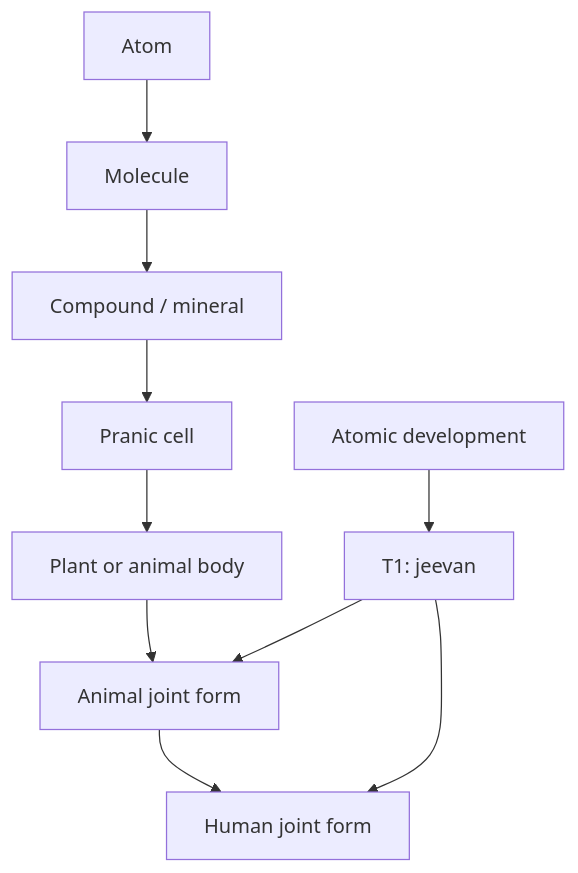
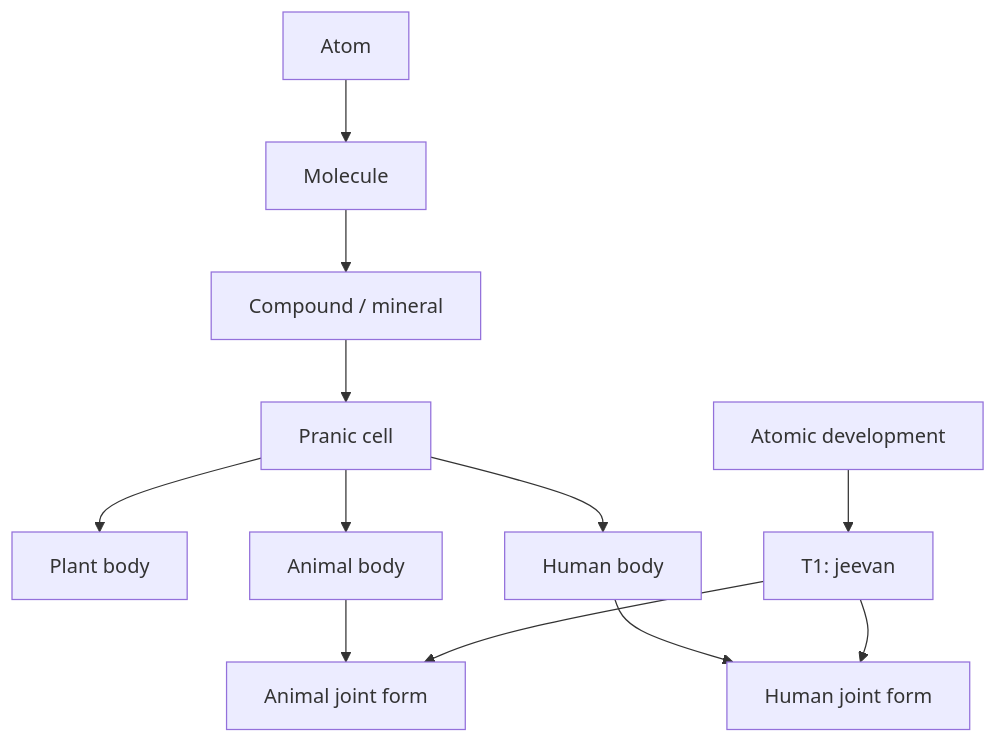
The second of 3 diagrams in Studies/A-State-Dynamic-Model-Of-Coexistence/A-State-Dynamic-Model-Of-Coexistence.md (raghavamohan/AnalyticMadhyasthDarshan), drawn with Mermaid before and after one commit. The commit also changed other lines of this file and 7 other files, not shown here.

````diff
--- a/Studies/A-State-Dynamic-Model-Of-Coexistence/A-State-Dynamic-Model-Of-Coexistence.md
+++ b/Studies/A-State-Dynamic-Model-Of-Coexistence/A-State-Dynamic-Model-Of-Coexistence.md
@@ -163,12 +167,14 @@
 ```mermaid
 flowchart TD
     ATOM["Atom"] --> MOL["Molecule"]
     MOL --> COMP["Compound / mineral"]
     COMP --> CELL["Pranic cell"]
-    CELL --> BODY["Plant or animal body"]
+    CELL --> PLANT["Plant body"]
+    CELL --> ANBODY["Animal body"]
+    CELL --> HUMBODY["Human body"]
     DEV["Atomic development"] --> T1["T1: jeevan"]
-    BODY --> ANIMAL["Animal joint form"]
+    ANBODY --> ANIMAL["Animal joint form"]
     T1 --> ANIMAL
-    ANIMAL --> HUMAN["Human joint form"]
+    HUMBODY --> HUMAN["Human joint form"]
     T1 --> HUMAN
 ```
````
